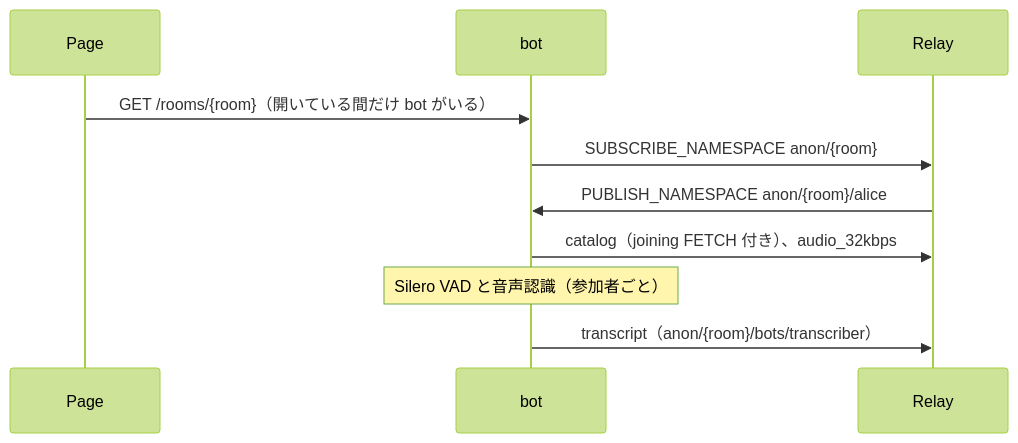
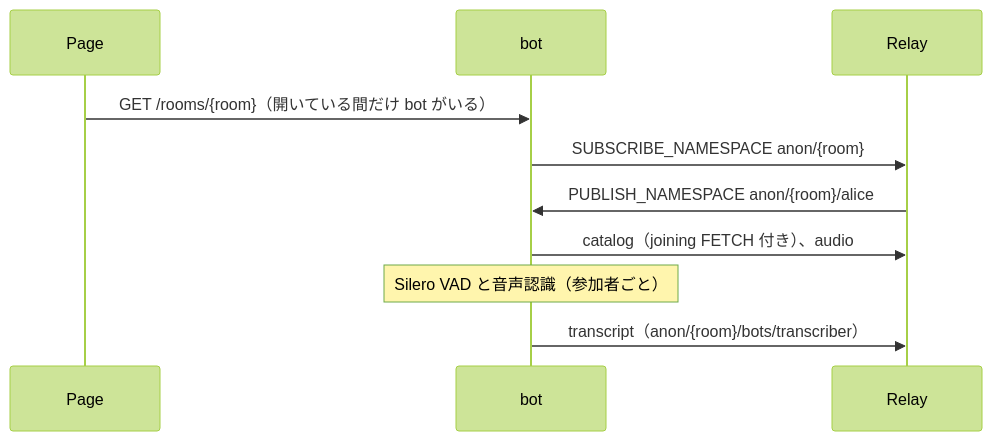
Before and after one commit to nttcom/moq-wasm: the diagram in examples/python/moq-meeting-transcriber/README.md, drawn with Mermaid (forest theme). The commit also changed 22 other files, not shown here.

````diff
--- a/examples/python/moq-meeting-transcriber/README.md
+++ b/examples/python/moq-meeting-transcriber/README.md
@@ -17,12 +17,12 @@
 ```mermaid
 sequenceDiagram
     participant P as Page
     participant B as bot
     participant R as Relay
     P->>B: GET /rooms/{room}（開いている間だけ bot がいる）
     B->>R: SUBSCRIBE_NAMESPACE anon/{room}
     R->>B: PUBLISH_NAMESPACE anon/{room}/alice
-    B->>R: catalog（joining FETCH 付き）、audio_32kbps
+    B->>R: catalog（joining FETCH 付き）、audio
     Note over B: Silero VAD と音声認識（参加者ごと）
     B->>R: transcript（anon/{room}/bots/transcriber）
 ```
````
